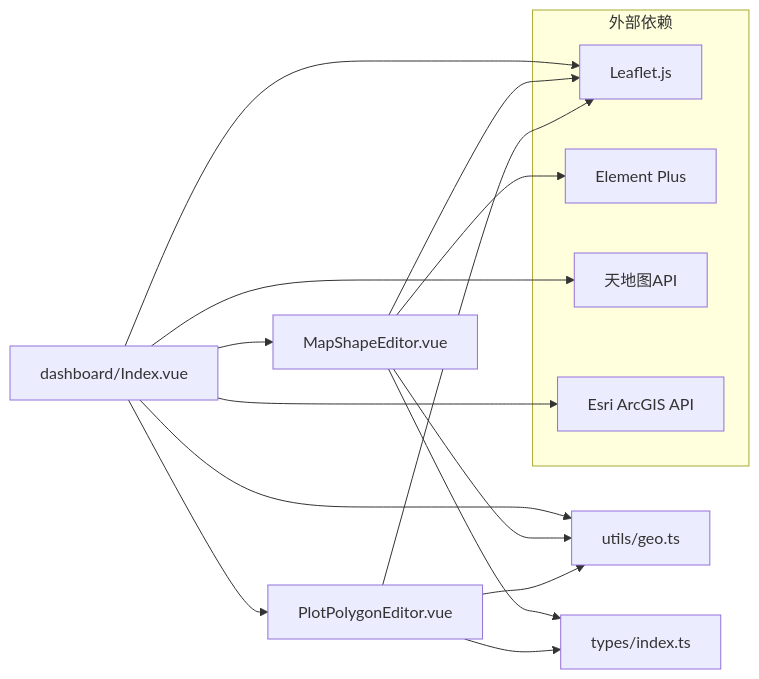
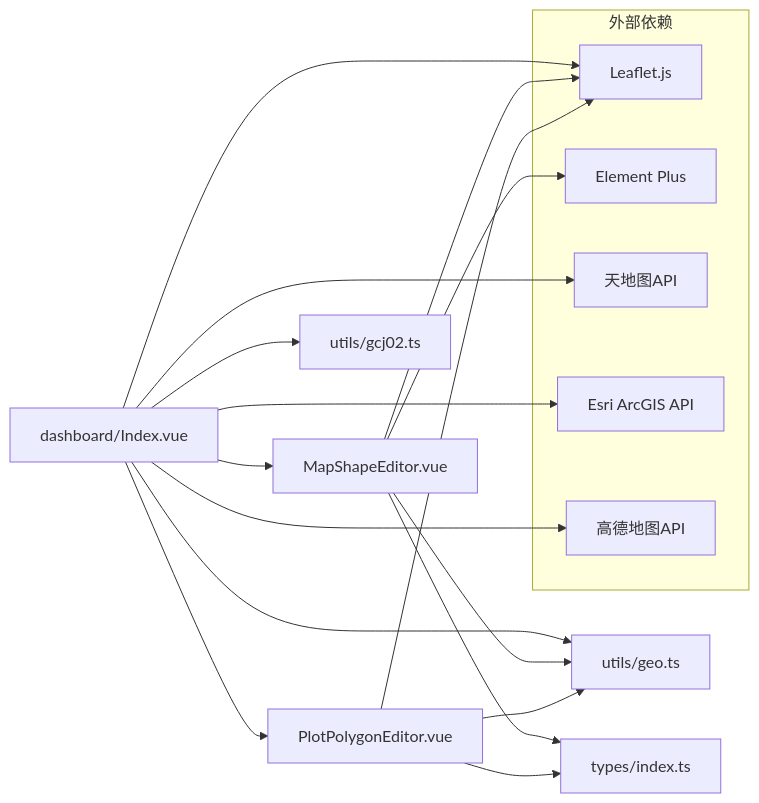
The seventh of 7 diagrams in .qoder/repowiki/zh/content/前端应用文档/地图可视化.md (q446328246/agri-platform), drawn with Mermaid before and after one commit. The commit also changed other lines of this file and 4 other files, not shown here.

````diff
--- a/.qoder/repowiki/zh/content/前端应用文档/地图可视化.md
+++ b/.qoder/repowiki/zh/content/前端应用文档/地图可视化.md
@@ -293,22 +360,25 @@
 ```mermaid
 graph LR
 Dashboard["dashboard/Index.vue"] --> ShapeEditor["MapShapeEditor.vue"]
 Dashboard --> PolygonEditor["PlotPolygonEditor.vue"]
 Dashboard --> GeoUtils["utils/geo.ts"]
+Dashboard --> Gcj02Utils["utils/gcj02.ts"]
 ShapeEditor --> GeoUtils
 ShapeEditor --> Types["types/index.ts"]
 PolygonEditor --> GeoUtils
 PolygonEditor --> Types
 subgraph "外部依赖"
 Leaflet["Leaflet.js"]
 ElementPlus["Element Plus"]
 TianDiTu["天地图API"]
 Esri["Esri ArcGIS API"]
+Amap["高德地图API"]
 end
 Dashboard --> Leaflet
 ShapeEditor --> Leaflet
 PolygonEditor --> Leaflet
 Dashboard --> TianDiTu
 Dashboard --> Esri
+Dashboard --> Amap
 ShapeEditor --> ElementPlus
 ```
````
